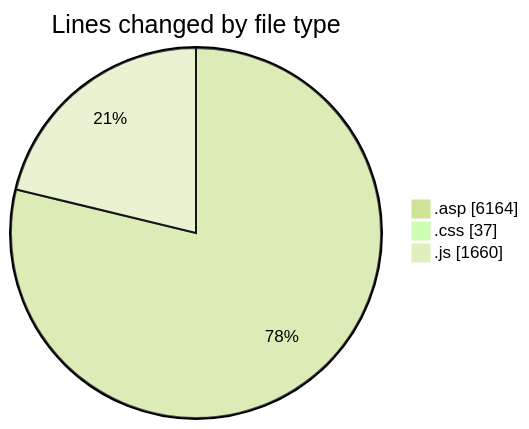
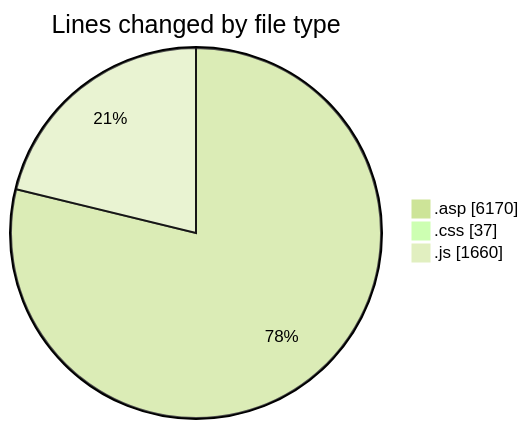
One commit to julien-gomy/code-tracking changed the first of 2 diagrams in 2025-11-02/cdp_aleoudev_fr__workspace_/README.md. Above: the diagram before and after it, drawn with Mermaid (forest theme). The commit also changed other lines of this file and 1 other file, not shown here.

````diff
--- a/2025-11-02/cdp_aleoudev_fr__workspace_/README.md
+++ b/2025-11-02/cdp_aleoudev_fr__workspace_/README.md
@@ -26,7 +26,7 @@
 ```mermaid
 pie showData
 title Lines changed by file type
-".asp" : 6164
+".asp" : 6170
 ".css" : 37
 ".js" : 1660
 ```
````
